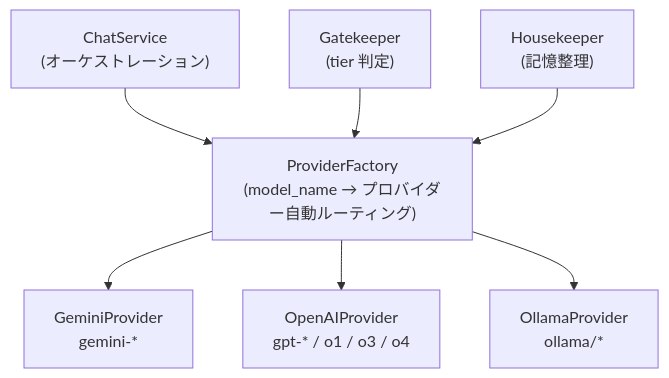
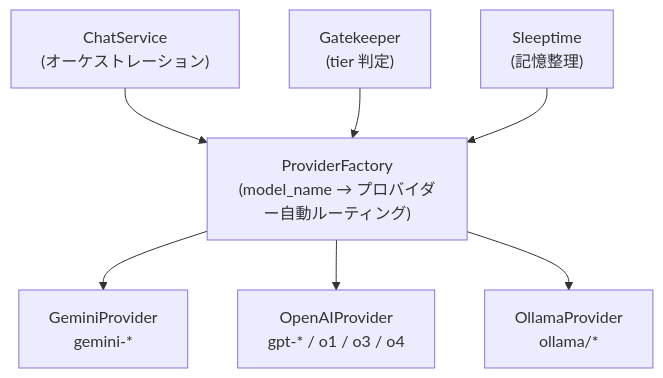
Before and after one commit to unagisann/Butly: the fifth of 6 diagrams in docs/DIAGRAMS.ja.md, drawn with Mermaid. The commit also changed other lines of this file and 30 other files, not shown here.

````diff
--- a/docs/DIAGRAMS.ja.md
+++ b/docs/DIAGRAMS.ja.md
@@ -125,17 +125,17 @@
 ```mermaid
 flowchart TD
     CS["ChatService<br/>(オーケストレーション)"]
     GK["Gatekeeper<br/>(tier 判定)"]
-    HK["Housekeeper<br/>(記憶整理)"]
+    HK["Sleeptime<br/>(記憶整理)"]
     PF["ProviderFactory<br/>(model_name → プロバイダー自動ルーティング)"]
     GE["GeminiProvider<br/>gemini-*"]
     OA["OpenAIProvider<br/>gpt-* / o1 / o3 / o4"]
     OL["OllamaProvider<br/>ollama/*"]
 
     CS --> PF
     GK --> PF
     HK --> PF
     PF --> GE
     PF --> OA
     PF --> OL
 ```
````
